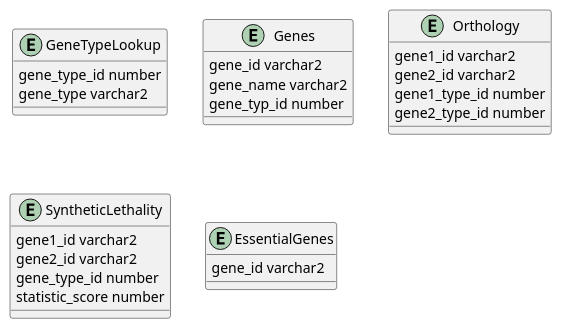
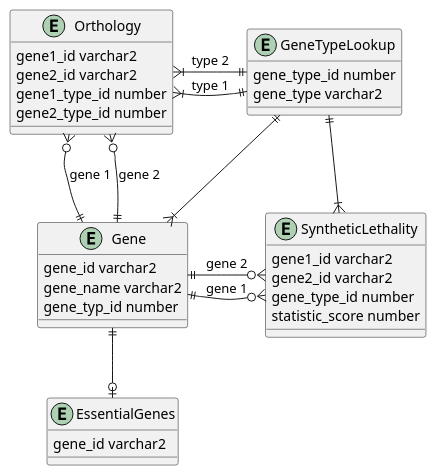
The diagram in plantuml/ERD.puml (BalintB4/DbProcjectRevision2), drawn with PlantUML before and after one commit.

Commit message:
feat: final version of the erd

```diff
--- a/plantuml/ERD.puml
+++ b/plantuml/ERD.puml
@@ -1,32 +1,41 @@
 @startuml
 entity GeneTypeLookup {
     gene_type_id number
     gene_type varchar2
 }
 
-entity Genes {
+entity Gene {
     gene_id varchar2
     gene_name varchar2
     gene_typ_id number
 }
 
 entity Orthology {
     gene1_id varchar2
     gene2_id varchar2
     gene1_type_id number
     gene2_type_id number
 }
 
 entity SyntheticLethality {
     gene1_id varchar2
     gene2_id varchar2
     gene_type_id number
     statistic_score number
 }
 
 entity EssentialGenes {
     gene_id varchar2
 }
 
+GeneTypeLookup ||--|{ Gene
+GeneTypeLookup ||-l-|{ Orthology : "type 2"
+GeneTypeLookup ||--|{ Orthology : "type 1"
+Gene ||-l-o{ Orthology : "gene 1"
+Gene ||--o{ Orthology : "gene 2"
+GeneTypeLookup ||--|{ SyntheticLethality
+Gene ||-r-o{ SyntheticLethality : "gene 2"
+Gene ||--o{ SyntheticLethality : "gene 1"
+Gene ||--o| EssentialGenes
 
 @enduml
```
